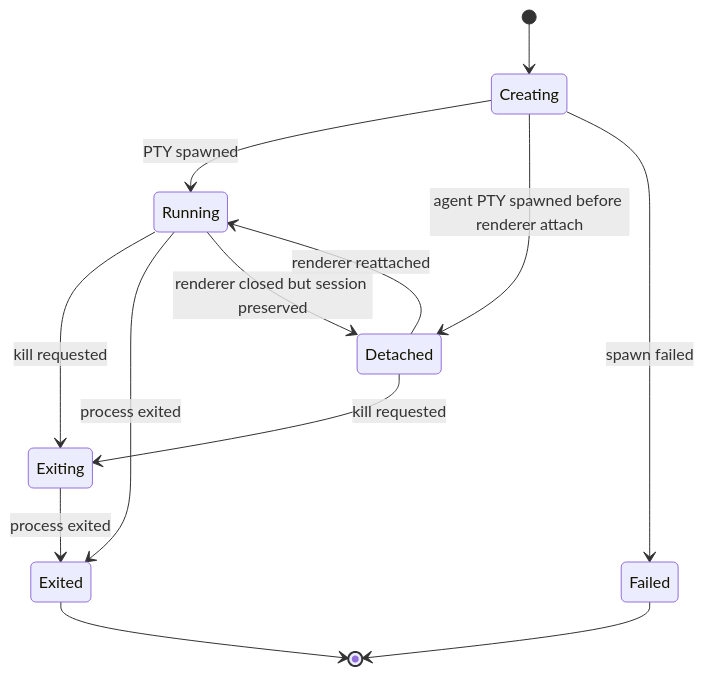
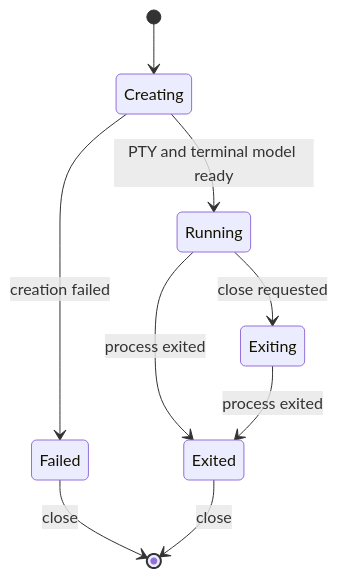
One commit to procontexthq/procontext-terminal changed the diagram in docs/specs/components/terminal-session-manager.md. Above: the diagram before and after it, drawn with Mermaid. The commit also changed other lines of this file and 74 other files, not shown here.

````diff
--- a/docs/specs/components/terminal-session-manager.md
+++ b/docs/specs/components/terminal-session-manager.md
@@ -36,15 +25,11 @@
 ```mermaid
 stateDiagram-v2
   [*] --> Creating
-  Creating --> Running: PTY spawned
-  Creating --> Detached: agent PTY spawned before renderer attach
-  Creating --> Failed: spawn failed
-  Running --> Exiting: kill requested
+  Creating --> Running: PTY and terminal model ready
+  Creating --> Failed: creation failed
+  Running --> Exiting: close requested
   Running --> Exited: process exited
-  Running --> Detached: renderer closed but session preserved
-  Detached --> Running: renderer reattached
-  Detached --> Exiting: kill requested
   Exiting --> Exited: process exited
-  Failed --> [*]
-  Exited --> [*]
+  Failed --> [*]: close
+  Exited --> [*]: close
 ```
````
